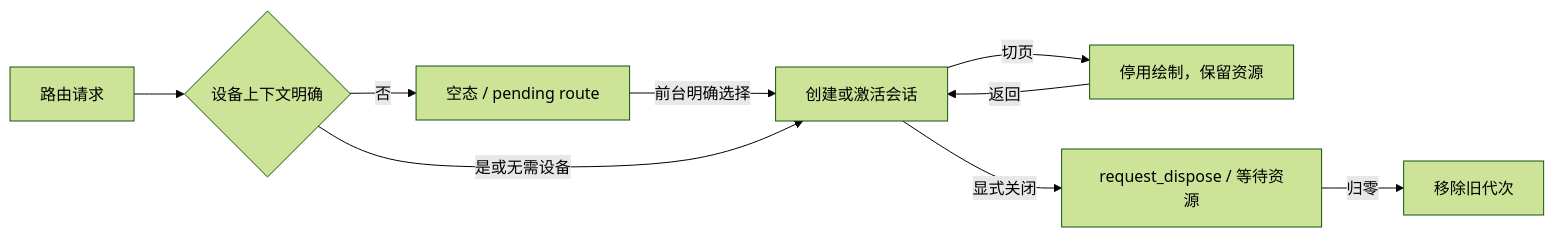
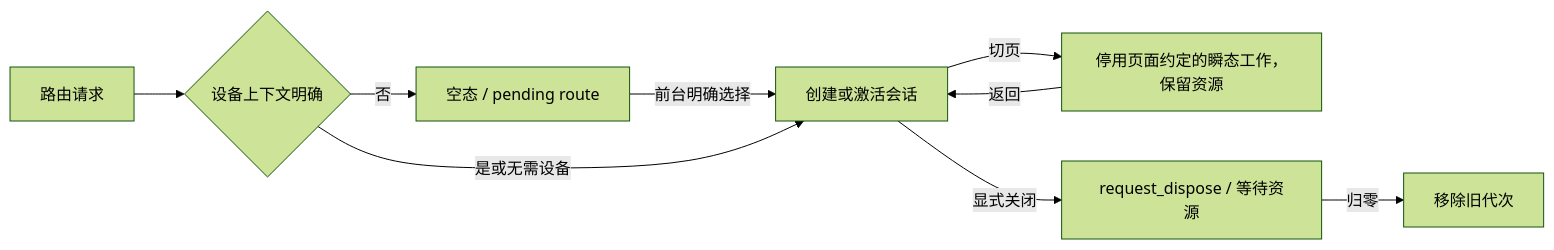
Before and after one commit to BlackHu-art/ADBLab: the second of 2 diagrams in docs/project-knowledge/ARCHITECTURE.md, drawn with Mermaid (forest theme). The commit also changed other lines of this file and 34 other files, not shown here.

````diff
--- a/docs/project-knowledge/ARCHITECTURE.md
+++ b/docs/project-knowledge/ARCHITECTURE.md
@@ -115,11 +116,11 @@
 ```mermaid
 flowchart LR
     Route["路由请求"] --> Ready{"设备上下文明确"}
     Ready -->|"否"| Pending["空态 / pending route"]
     Pending -->|"前台明确选择"| Active["创建或激活会话"]
     Ready -->|"是或无需设备"| Active
-    Active -->|"切页"| Inactive["停用绘制，保留资源"]
+    Active -->|"切页"| Inactive["停用页面约定的瞬态工作，保留资源"]
     Inactive -->|"返回"| Active
     Active -->|"显式关闭"| Dispose["request_dispose / 等待资源"]
     Dispose -->|"归零"| Removed["移除旧代次"]
 ```
````
